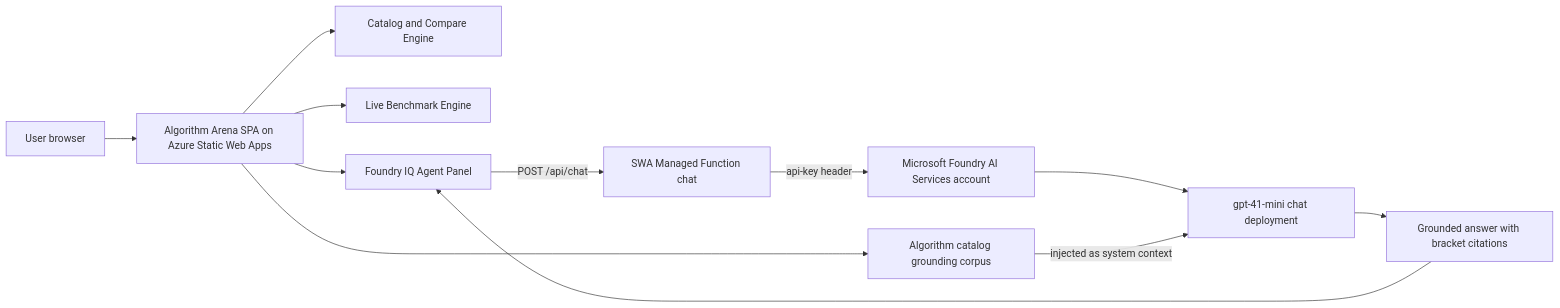
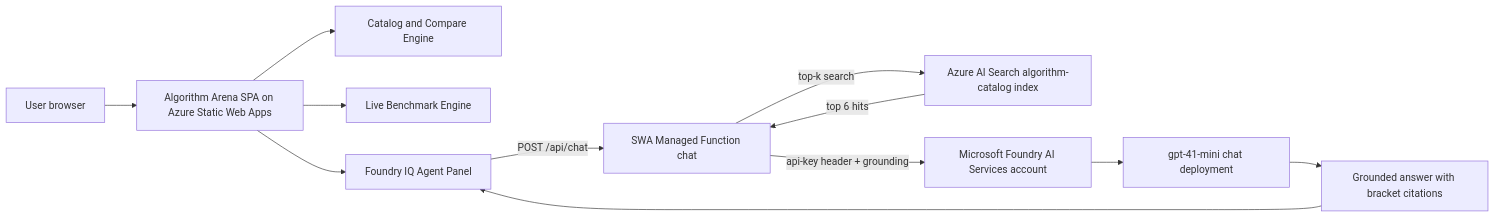
One commit to adekeji/Algorithm-Arena changed the diagram in README.md. Above: the diagram before and after it, drawn with Mermaid. The commit also changed other lines of this file and 1 other file, not shown here.

Commit message:
Docs: README documents AI Search retrieval layer; add submission description + 5-min demo script

````diff
--- a/README.md
+++ b/README.md
@@ -31,14 +31,14 @@
 ```mermaid
 flowchart LR
   U[User browser] --> W[Algorithm Arena SPA on Azure Static Web Apps]
   W --> C[Catalog and Compare Engine]
   W --> B[Live Benchmark Engine]
   W --> A[Foundry IQ Agent Panel]
   A -- POST /api/chat --> F1[SWA Managed Function chat]
-  F1 -- api-key header --> F[Microsoft Foundry AI Services account]
+  F1 -- top-k search --> S[Azure AI Search algorithm-catalog index]
+  S -- top 6 hits --> F1
+  F1 -- api-key header + grounding --> F[Microsoft Foundry AI Services account]
   F --> M[gpt-41-mini chat deployment]
-  W --> G[Algorithm catalog grounding corpus]
-  G -- injected as system context --> M
   M --> R[Grounded answer with bracket citations]
   R --> A
 ```
````
